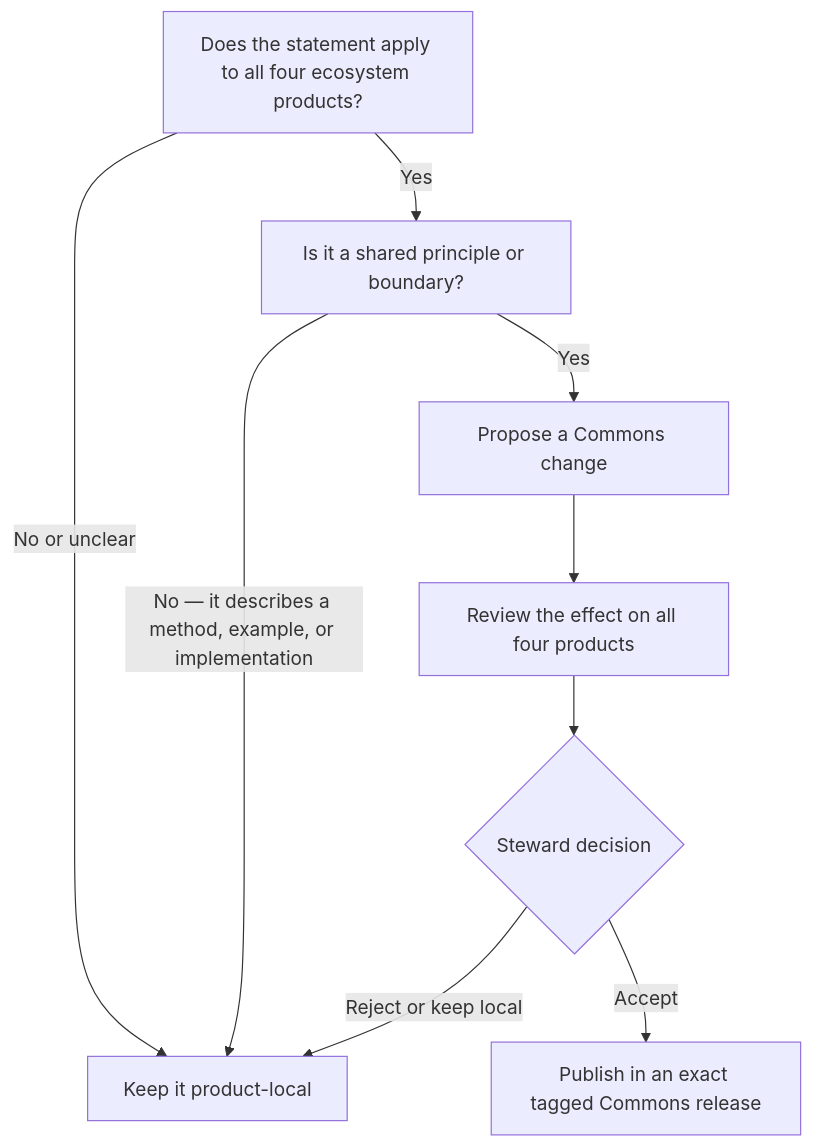
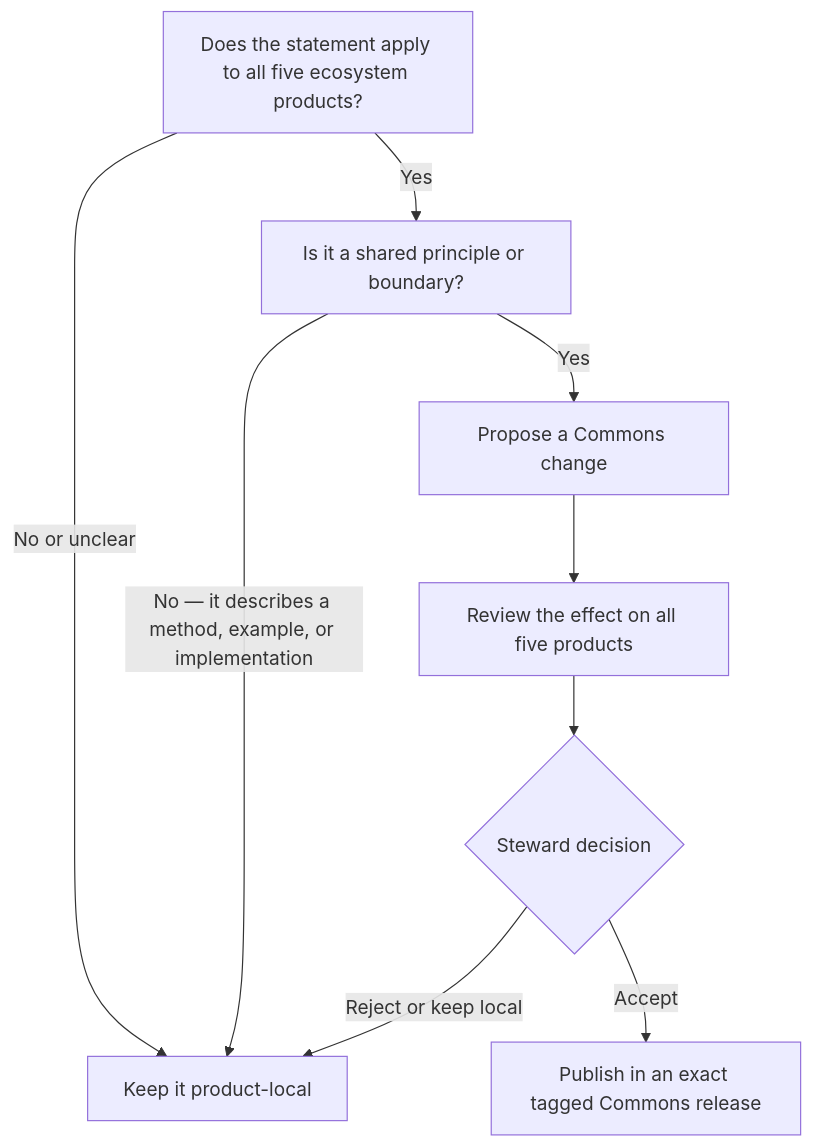
The diagram in BOUNDARIES.md (BradGroux/open-framework-commons), drawn with Mermaid before and after one commit. The commit also changed other lines of this file and 21 other files, not shown here.

````diff
--- a/BOUNDARIES.md
+++ b/BOUNDARIES.md
@@ -33,19 +33,19 @@
 ```mermaid
 flowchart TD
-  start["Does the statement apply to all four ecosystem products?"]
+  start["Does the statement apply to all five ecosystem products?"]
   local["Keep it product-local"]
   kind["Is it a shared principle or boundary?"]
   proposal["Propose a Commons change"]
-  review["Review the effect on all four products"]
+  review["Review the effect on all five products"]
   steward{"Steward decision"}
   release["Publish in an exact tagged Commons release"]
 
   start -->|"No or unclear"| local
   start -->|"Yes"| kind
   kind -->|"No — it describes a method, example, or implementation"| local
   kind -->|"Yes"| proposal
   proposal --> review
   review --> steward
   steward -->|"Reject or keep local"| local
   steward -->|"Accept"| release
 ```
````
